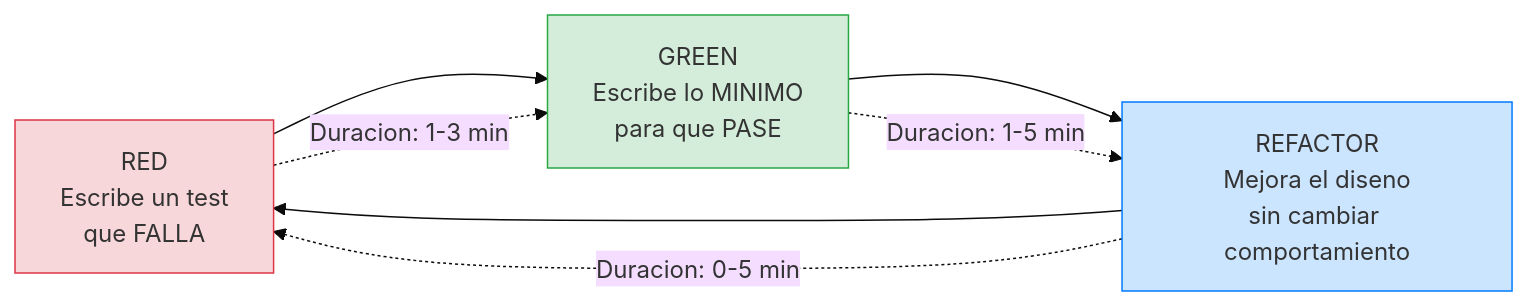
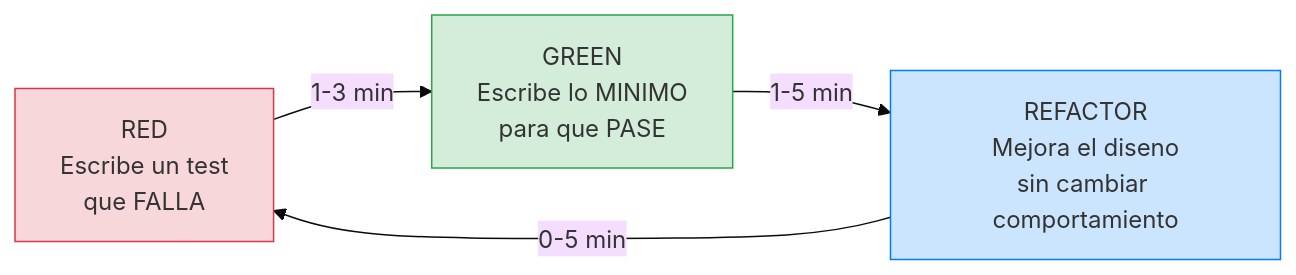
Before and after one commit to SwiftEnProfundidad/stack-my-architecture-ios: the first of 5 diagrams in 01-fundamentos/02-metodologia-tdd-practica.md, drawn with Mermaid (base theme). The commit also changed other lines of this file and 84 other files, not shown here.

````diff
--- a/01-fundamentos/02-metodologia-tdd-practica.md
+++ b/01-fundamentos/02-metodologia-tdd-practica.md
@@ -13,14 +13,10 @@
 ```mermaid
 graph LR
-    RED["RED<br/>Escribe un test<br/>que FALLA"] --> GREEN["GREEN<br/>Escribe lo MINIMO<br/>para que PASE"]
-    GREEN --> REFACTOR["REFACTOR<br/>Mejora el diseno<br/>sin cambiar comportamiento"]
-    REFACTOR --> RED
-
-    RED -.->|"Duracion: 1-3 min"| GREEN
-    GREEN -.->|"Duracion: 1-5 min"| REFACTOR
-    REFACTOR -.->|"Duracion: 0-5 min"| RED
+    RED["RED<br/>Escribe un test<br/>que FALLA"] -->|"1-3 min"| GREEN["GREEN<br/>Escribe lo MINIMO<br/>para que PASE"]
+    GREEN -->|"1-5 min"| REFACTOR["REFACTOR<br/>Mejora el diseno<br/>sin cambiar comportamiento"]
+    REFACTOR -->|"0-5 min"| RED
 
     style RED fill:#f8d7da,stroke:#dc3545
     style GREEN fill:#d4edda,stroke:#28a745
     style REFACTOR fill:#cce5ff,stroke:#007bff
 ```
````
